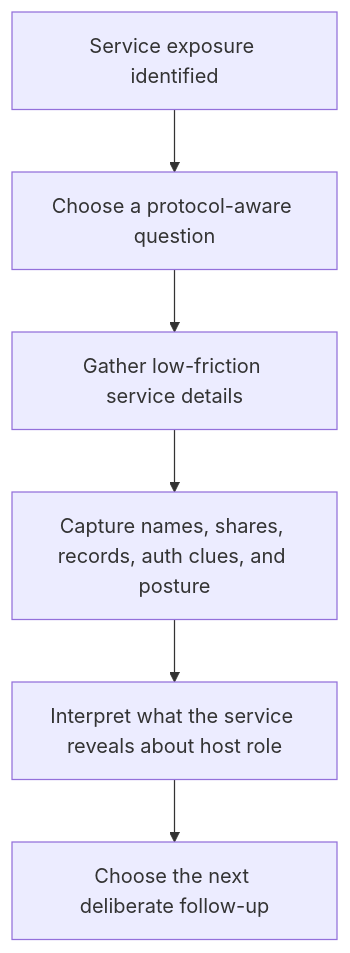
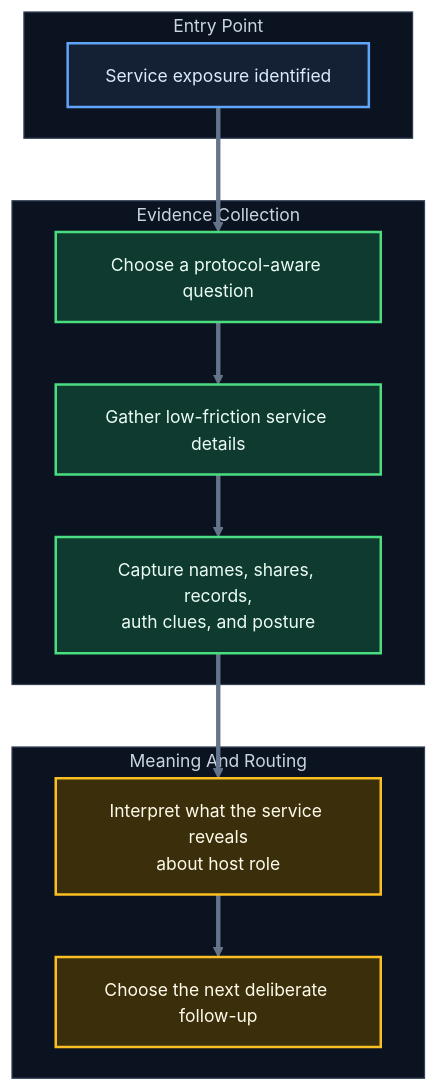
The first of 4 diagrams in modules/03-service-footprinting-and-common-infrastructure-enumeration/lessons/module-03-lesson-3-2-enumerating-file-name-and-messaging-services.md (route2shell/hack-the-basics), drawn with Mermaid before and after one commit. The commit also changed other lines of this file and 6 other files, not shown here.

````diff
--- a/modules/03-service-footprinting-and-common-infrastructure-enumeration/lessons/module-03-lesson-3-2-enumerating-file-name-and-messaging-services.md
+++ b/modules/03-service-footprinting-and-common-infrastructure-enumeration/lessons/module-03-lesson-3-2-enumerating-file-name-and-messaging-services.md
@@ -70,8 +70,30 @@
 ```mermaid
+%%{init: {"theme":"base","flowchart":{"curve":"basis","htmlLabels":true},"themeVariables":{"primaryColor":"#0f172a","primaryTextColor":"#e2e8f0","primaryBorderColor":"#7dd3fc","lineColor":"#64748b","secondaryColor":"#111827","tertiaryColor":"#0b1220","clusterBkg":"#0b1220","clusterBorder":"#334155","fontSize":"14px"}}}%%
 flowchart TD
-    A[Service exposure identified] --> B[Choose a protocol-aware question]
-    B --> C[Gather low-friction service details]
-    C --> D[Capture names, shares, records, auth clues, and posture]
-    D --> E[Interpret what the service reveals about host role]
-    E --> F[Choose the next deliberate follow-up]
+    subgraph ENTRY["Entry Point"]
+        A["Service exposure identified"]
+    end
+    subgraph GATHER["Evidence Collection"]
+        B["Choose a protocol-aware question"]
+        C["Gather low-friction service details"]
+        D["Capture names, shares, records,<br/>auth clues, and posture"]
+    end
+    subgraph INTERPRET["Meaning And Routing"]
+        E["Interpret what the service reveals<br/>about host role"]
+        F["Choose the next deliberate follow-up"]
+    end
+
+    A ==> B ==> C ==> D ==> E ==> F
+
+    classDef source fill:#142033,stroke:#60a5fa,color:#dbeafe,stroke-width:2px;
+    classDef analysis fill:#0f3a2f,stroke:#4ade80,color:#ecfdf5,stroke-width:2px;
+    classDef action fill:#3b2f0b,stroke:#fbbf24,color:#fffbeb,stroke-width:2px;
+
+    class A source;
+    class B,C,D analysis;
+    class E,F action;
+
+    style ENTRY fill:#0b1220,stroke:#334155,color:#cbd5e1
+    style GATHER fill:#0b1220,stroke:#334155,color:#cbd5e1
+    style INTERPRET fill:#0b1220,stroke:#334155,color:#cbd5e1
 ```
````
